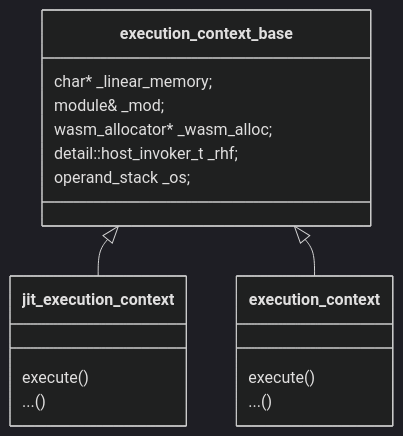
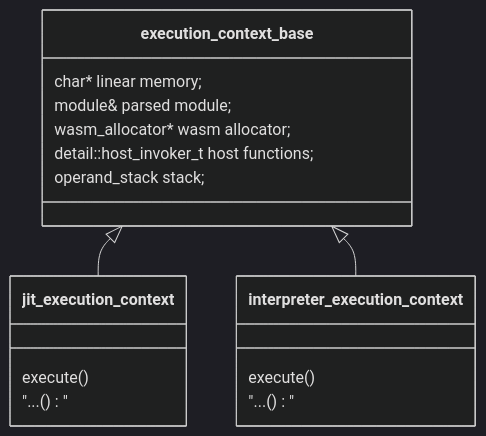
One commit to eosnetworkfoundation/product changed the second of 12 diagrams in transactions/read-only/memory.md. Above: the diagram before and after it, drawn with Mermaid (dark theme). The commit also changed other lines of this file, not shown here.

````diff
--- a/transactions/read-only/memory.md
+++ b/transactions/read-only/memory.md
@@ -55,20 +52,20 @@
 ```mermaid
 classDiagram
    class execution_context_base {
-      char*                           _linear_memory;
-      module&                         _mod;
-      wasm_allocator*                 _wasm_alloc;
-      detail::host_invoker_t<Host>    _rhf;
-      operand_stack                   _os;
+      char*                           linear memory;
+      module&                         parsed module;
+      wasm_allocator*                 wasm allocator;
+      detail::host_invoker_t<Host>    host functions;
+      operand_stack                   stack;
    }
    class jit_execution_context {
       execute()
-      ...()
+      "...()"
    }
-   class execution_context {
+   class interpreter_execution_context {
       execute()
-      ...()
+      "...()"
    }
    execution_context_base <|-- jit_execution_context
-   execution_context_base <|-- execution_context
+   execution_context_base <|-- interpreter_execution_context
 ```
````
